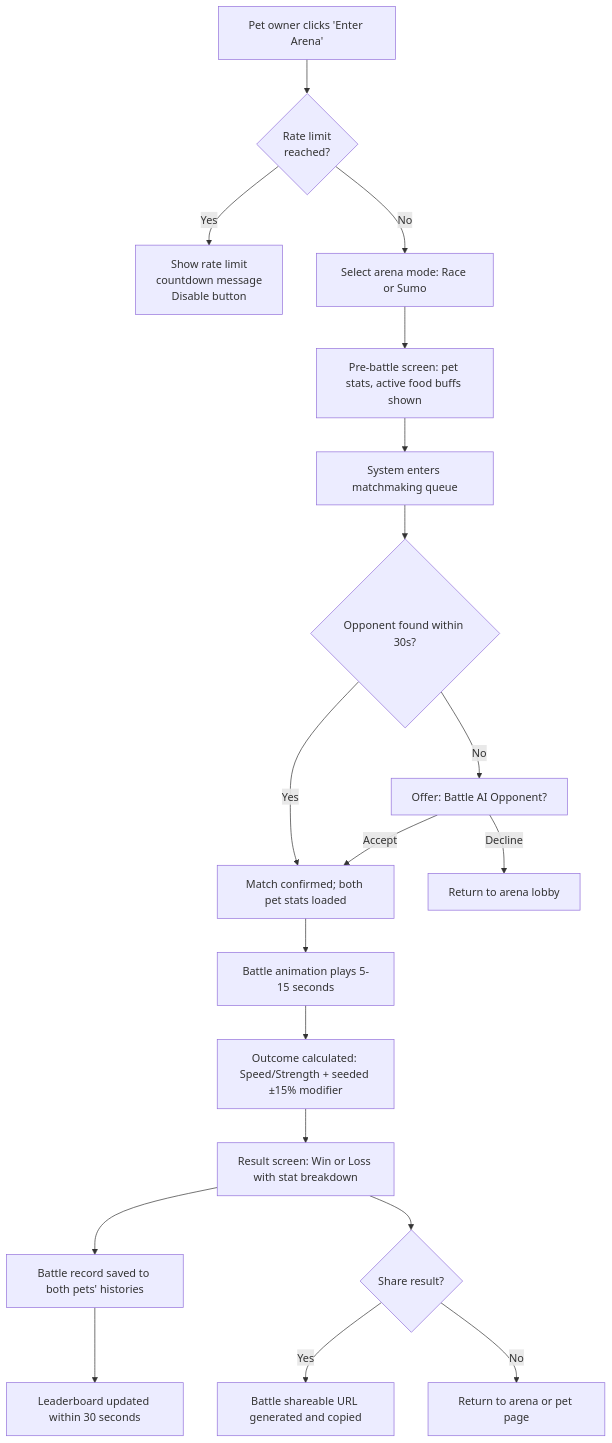
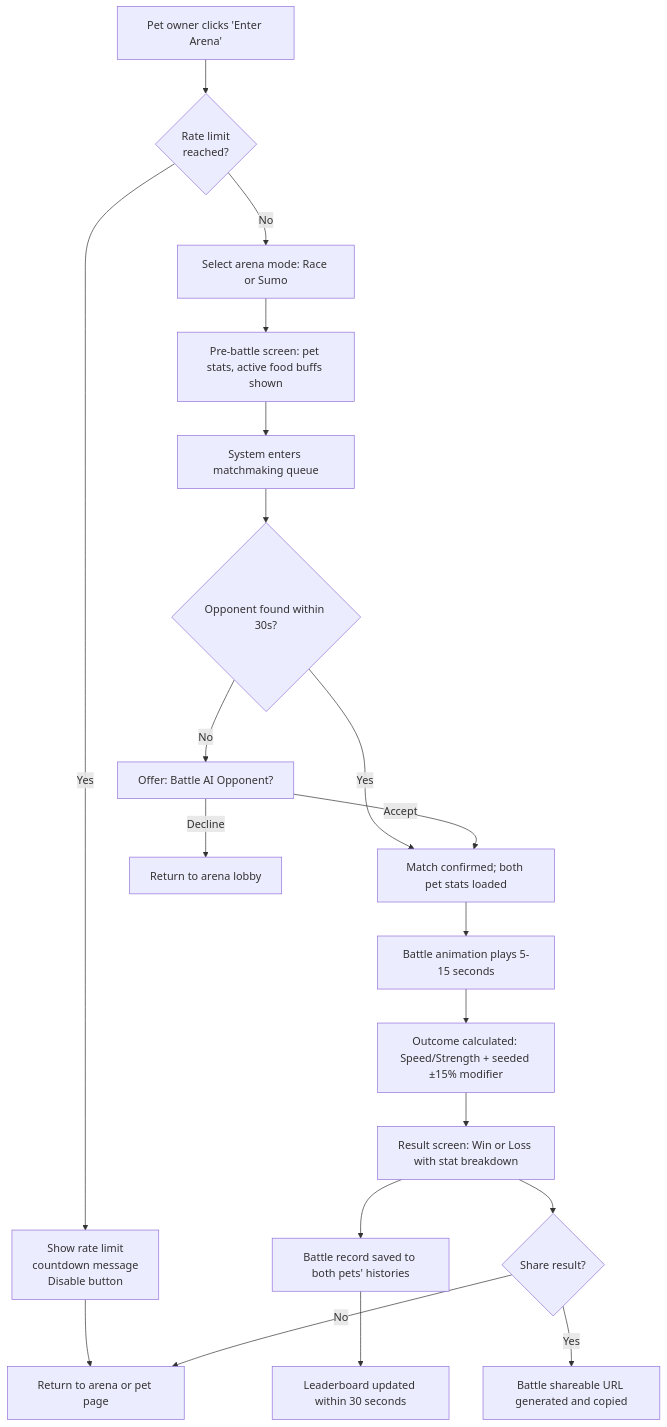
One commit to ibalasite/pet changed the fifth of 8 diagrams in docs/PRD.md. Above: the diagram before and after it, drawn with Mermaid. The commit also changed other lines of this file, not shown here.

````diff
--- a/docs/PRD.md
+++ b/docs/PRD.md
@@ -784,21 +785,22 @@
 ```mermaid
 flowchart TD
     A[Pet owner clicks 'Enter Arena'] --> A1{Rate limit<br/>reached?}
     A1 -->|Yes| A2[Show rate limit<br/>countdown message<br/>Disable button]
+    A2 --> P[Return to arena lobby]
     A1 -->|No| B[Select arena mode: Race or Sumo]
     B --> C[Pre-battle screen: pet stats, active food buffs shown]
     C --> D[System enters matchmaking queue]
     D --> E{Opponent found within 30s?}
     E -->|Yes| F[Match confirmed; both pet stats loaded]
     E -->|No| G[Offer: Battle AI Opponent?]
     G -->|Decline| H[Return to arena lobby]
     G -->|Accept| F
     F --> I[Battle animation plays 5-15 seconds]
     I --> J[Outcome calculated: Speed/Strength + seeded ±15% modifier]
     J --> K[Result screen: Win or Loss with stat breakdown]
     K --> L[Battle record saved to both pets' histories]
     L --> M[Leaderboard updated within 30 seconds]
     K --> N{Share result?}
     N -->|Yes| O[Battle shareable URL generated and copied]
     N -->|No| P[Return to arena or pet page]
 ```
````
